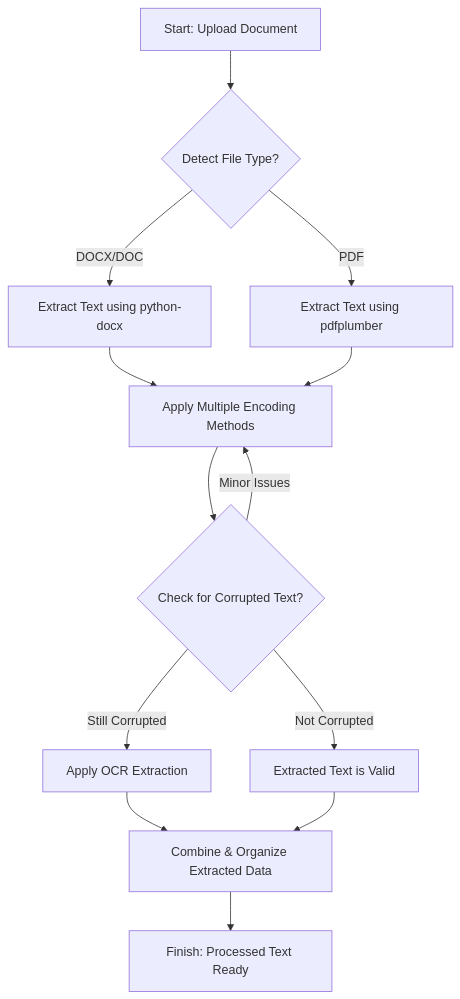
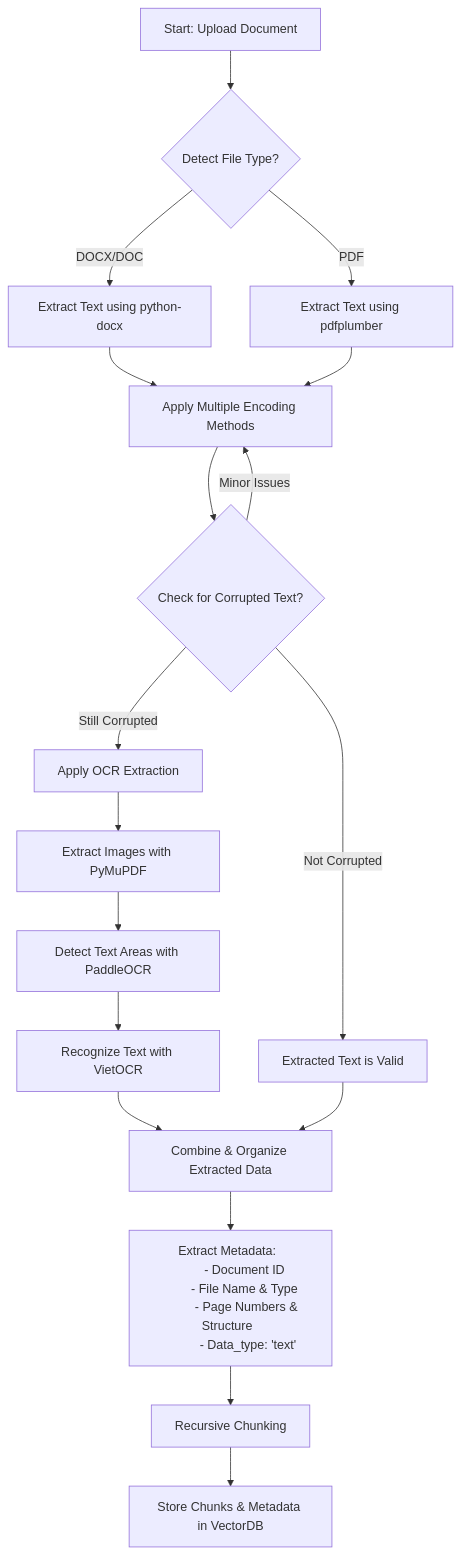
Before and after one commit to VOX304/UniChatbot: the second of 3 diagrams in Preprocessing/Doc_PreTechniques.md, drawn with Mermaid.

````diff
--- a/Preprocessing/Doc_PreTechniques.md
+++ b/Preprocessing/Doc_PreTechniques.md
@@ -65,43 +65,34 @@
 ```mermaid
-
 graph TD;
 
-  
+  A[Start: Upload Document] --> B{Detect File Type?};
 
-A[Start: Upload Document] --> B{Detect File Type?};
+  B -->|DOCX/DOC| C[Extract Text using python-docx];
+  B -->|PDF| D[Extract Text using pdfplumber];
 
-  
+  C --> E[Apply Multiple Encoding Methods];
+  D --> E;
 
-B -->|DOCX/DOC| C[Extract Text using python-docx];
+  E --> E1{Check for Corrupted Text?};
 
-B -->|PDF| D[Extract Text using pdfplumber];
+  E1 -->|Minor Issues| E;
+  E1 -->|Not Corrupted| G[Extracted Text is Valid];
+  E1 -->|Still Corrupted| H1[Apply OCR Extraction];
 
-  
+  H1 --> H2["Extract Images with PyMuPDF"];
+  H2 --> F["Detect Text Areas with PaddleOCR"];
+  F --> G2["Recognize Text with VietOCR"];
+  G2 --> K[Combine & Organize Extracted Data];
 
-C --> E[Apply Multiple Encoding Methods];
+  G --> K;
 
-D --> E;
+  K --> M["Extract Metadata:  
+          - Document ID  
+          - File Name & Type  
+          - Page Numbers & Structure  
+          - Data_type: 'text'"];
 
-  
+  M --> N[Recursive Chunking];
 
-E --> E1{Check for Corrupted Text?};
-
-  
-
-E1 -->|Minor Issues| E;
-
-E1 -->|Not Corrupted| G[Extracted Text is Valid];
-
-E1 -->|Still Corrupted| H1[Apply OCR Extraction];
-
-  
-
-H1 --> K;
-
-G --> K[Combine & Organize Extracted Data];
-
-  
-
-K --> L[Finish: Processed Text Ready];
-
+  N --> O[Store Chunks & Metadata in VectorDB];
 ```
````
